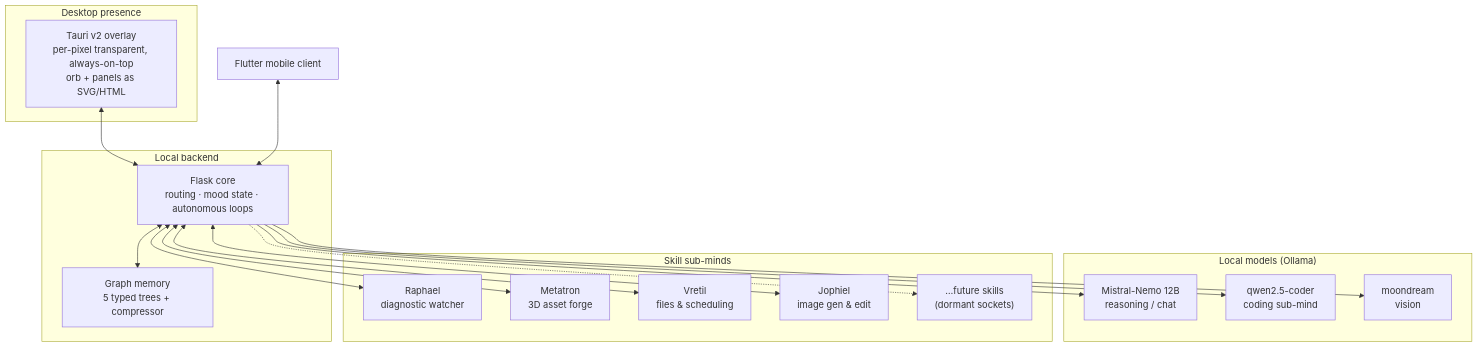
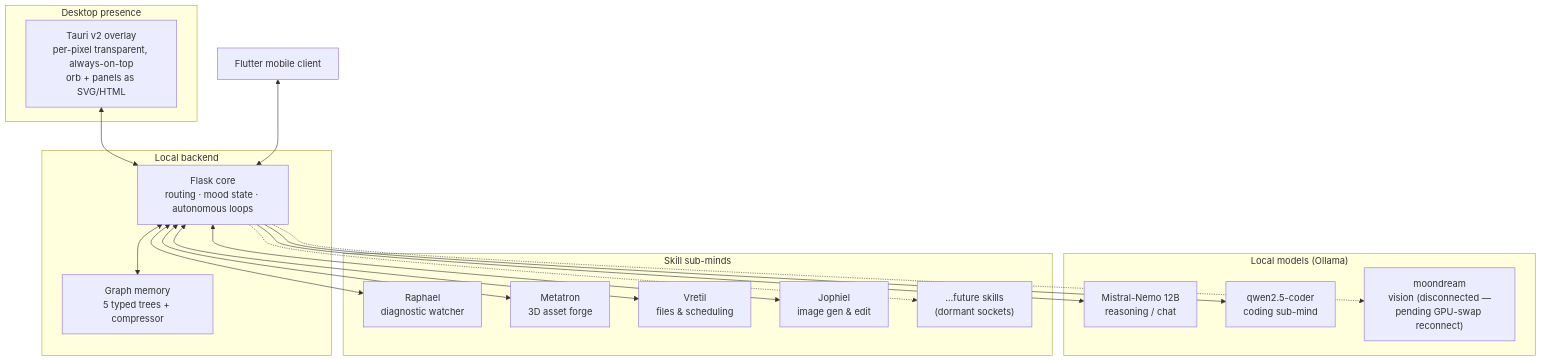
Before and after one commit to Kuro701/project-cloe: the diagram in docs/ARCHITECTURE.md, drawn with Mermaid. The commit also changed other lines of this file and 1 other file, not shown here.

Commit message:
Note moondream/vision as disconnected pending reconnect after GPU swap

````diff
--- a/docs/ARCHITECTURE.md
+++ b/docs/ARCHITECTURE.md
@@ -7,39 +7,39 @@
 ```mermaid
 flowchart TB
     subgraph Desktop["Desktop presence"]
         Overlay["Tauri v2 overlay\nper-pixel transparent, always-on-top\norb + panels as SVG/HTML"]
     end
 
     subgraph Backend["Local backend"]
         Core["Flask core\nrouting · mood state · autonomous loops"]
         Memory["Graph memory\n5 typed trees + compressor"]
     end
 
     subgraph Models["Local models (Ollama)"]
         M1["Mistral-Nemo 12B\nreasoning / chat"]
         M2["qwen2.5-coder\ncoding sub-mind"]
-        M3["moondream\nvision"]
+        M3["moondream\nvision (disconnected —\npending GPU-swap reconnect)"]
     end
 
     subgraph Skills["Skill sub-minds"]
         Raphael["Raphael\ndiagnostic watcher"]
         Metatron["Metatron\n3D asset forge"]
         Vretil["Vretil\nfiles & scheduling"]
         Jophiel["Jophiel\nimage gen & edit"]
         Future["…future skills\n(dormant sockets)"]
     end
 
     Client["Flutter mobile client"]
 
     Overlay <--> Core
     Client <--> Core
     Core <--> Memory
     Core --> M1
     Core --> M2
-    Core --> M3
+    Core -.-> M3
     Core <--> Raphael
     Core <--> Metatron
     Core <--> Vretil
     Core <--> Jophiel
     Core -.-> Future
 ```
````
